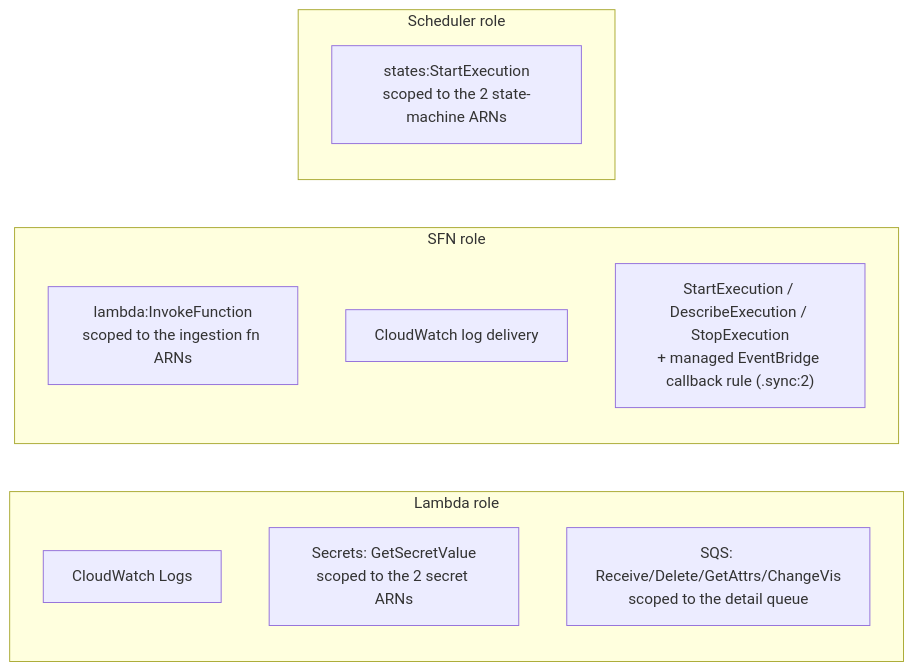
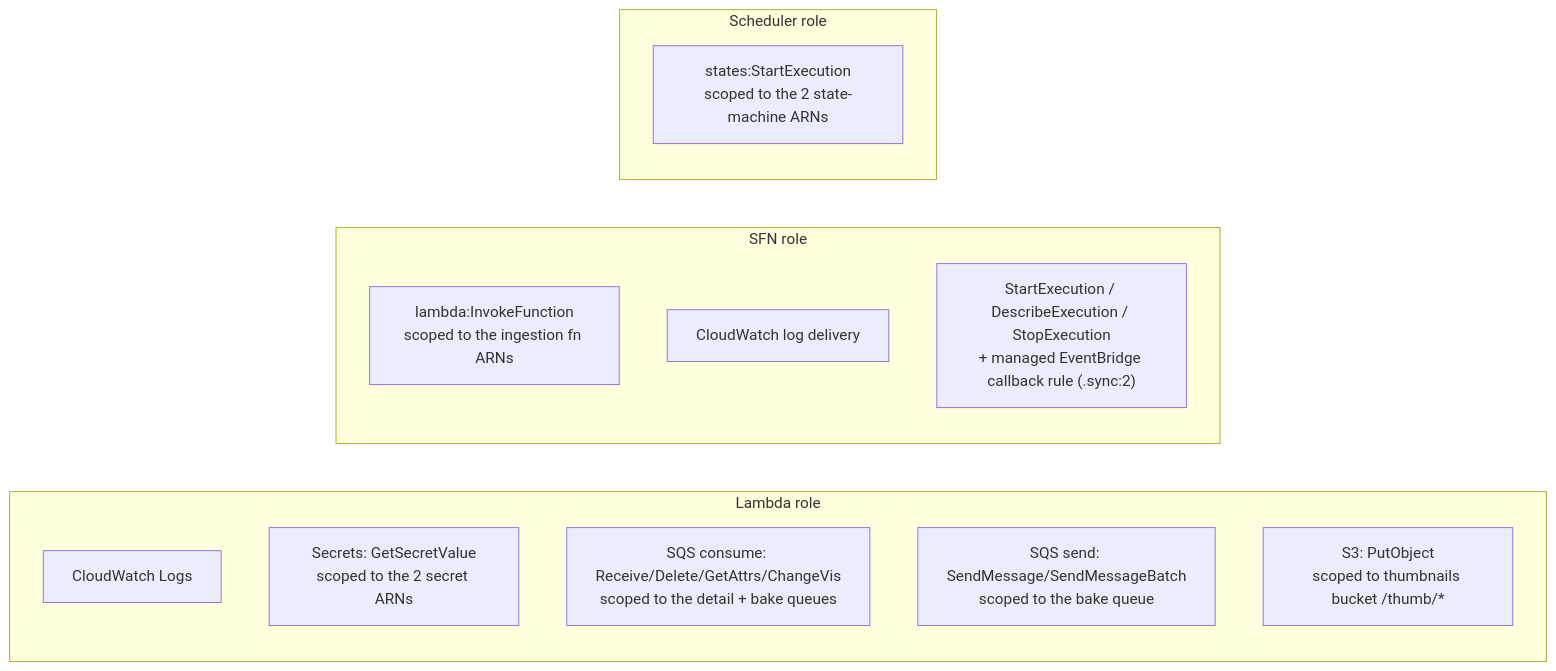
Before and after one commit to bojidaryovchev/selectauto: the second of 2 diagrams in docs/06-infrastructure-aws-pulumi.md, drawn with Mermaid. The commit also changed other lines of this file and 38 other files, not shown here.

````diff
--- a/docs/06-infrastructure-aws-pulumi.md
+++ b/docs/06-infrastructure-aws-pulumi.md
@@ -138,16 +196,18 @@
 ```mermaid
 flowchart LR
   subgraph Lambda role
     L1[CloudWatch Logs]
     L2["Secrets: GetSecretValue<br/>scoped to the 2 secret ARNs"]
-    L3["SQS: Receive/Delete/GetAttrs/ChangeVis<br/>scoped to the detail queue"]
+    L3["SQS consume: Receive/Delete/GetAttrs/ChangeVis<br/>scoped to the detail + bake queues"]
+    L4["SQS send: SendMessage/SendMessageBatch<br/>scoped to the bake queue"]
+    L5["S3: PutObject<br/>scoped to thumbnails bucket /thumb/*"]
   end
   subgraph SFN role
     S1["lambda:InvokeFunction<br/>scoped to the ingestion fn ARNs"]
     S2[CloudWatch log delivery]
     S3["StartExecution / DescribeExecution / StopExecution<br/>+ managed EventBridge callback rule (.sync:2)"]
   end
   subgraph Scheduler role
     C1["states:StartExecution<br/>scoped to the 2 state-machine ARNs"]
   end
 ```
````
